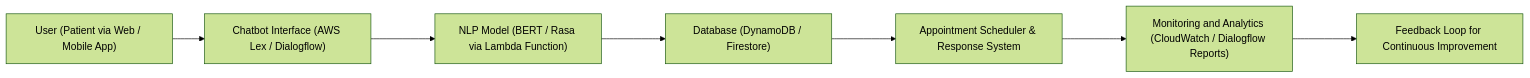
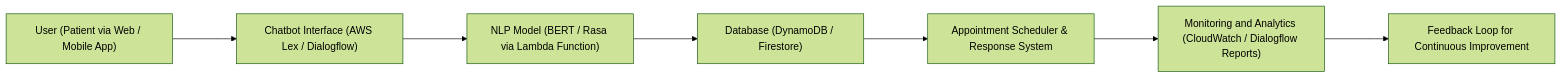
Before and after one commit to Aswanthlal/AI_Solution_Designs: the diagram in Task_5_Healthcare_Chatbot/architecture.mermaid, drawn with Mermaid (forest theme).

```diff
--- a/Task_5_Healthcare_Chatbot/architecture.mermaid
+++ b/Task_5_Healthcare_Chatbot/architecture.mermaid
@@ -1,7 +1,7 @@
 graph LR
-    A["User (Patient via Web / Mobile App)"] --> B["Chatbot Interface (AWS Lex / Dialogflow)"]
+    A["User (Patient via Web / Mobile App)"] ---> B["Chatbot Interface (AWS Lex / Dialogflow)"]
     B ---> C["NLP Model (BERT / Rasa via Lambda Function)"]
     C ---> D["Database (DynamoDB / Firestore)"]
     D ---> E["Appointment Scheduler & Response System"]
     E ---> F["Monitoring and Analytics (CloudWatch / Dialogflow Reports)"]
     F ---> G["Feedback Loop for Continuous Improvement"]
```
